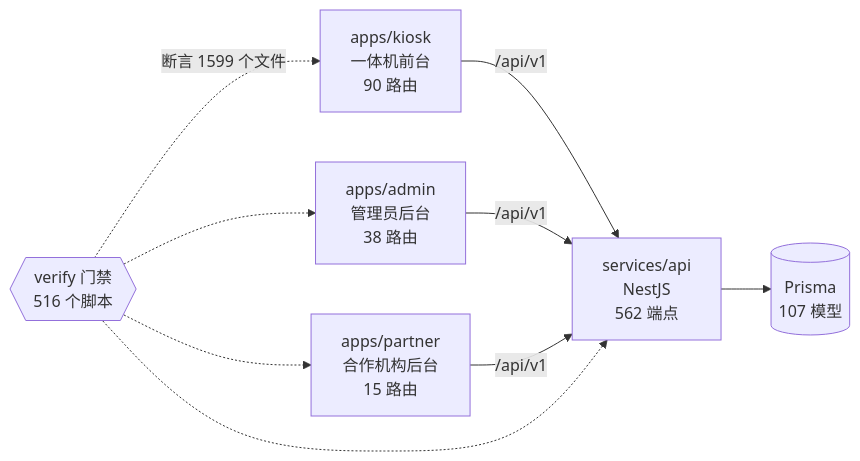
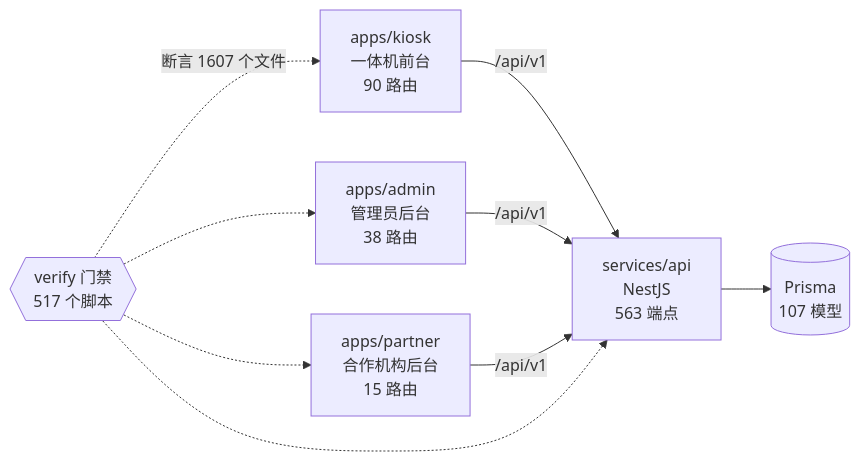
The diagram in docs/graph/README.md (wanglei581/YITIJI), drawn with Mermaid before and after one commit. The commit also changed other lines of this file and 4 other files, not shown here.

Commit message:
chore(graph): 并入候选后重新生成

````diff
--- a/docs/graph/README.md
+++ b/docs/graph/README.md
@@ -68,18 +68,18 @@
 ```mermaid
 flowchart LR
   kiosk["apps/kiosk<br/>一体机前台<br/>90 路由"]
   admin["apps/admin<br/>管理员后台<br/>38 路由"]
   partner["apps/partner<br/>合作机构后台<br/>15 路由"]
-  api["services/api<br/>NestJS<br/>562 端点"]
+  api["services/api<br/>NestJS<br/>563 端点"]
   db[("Prisma<br/>107 模型")]
-  gates{{"verify 门禁<br/>516 个脚本"}}
+  gates{{"verify 门禁<br/>517 个脚本"}}
 
   kiosk -->|"/api/v1"| api
   admin -->|"/api/v1"| api
   partner -->|"/api/v1"| api
   api --> db
-  gates -.->|"断言 1599 个文件"| kiosk
+  gates -.->|"断言 1607 个文件"| kiosk
   gates -.-> admin
   gates -.-> partner
   gates -.-> api
 ```
````
